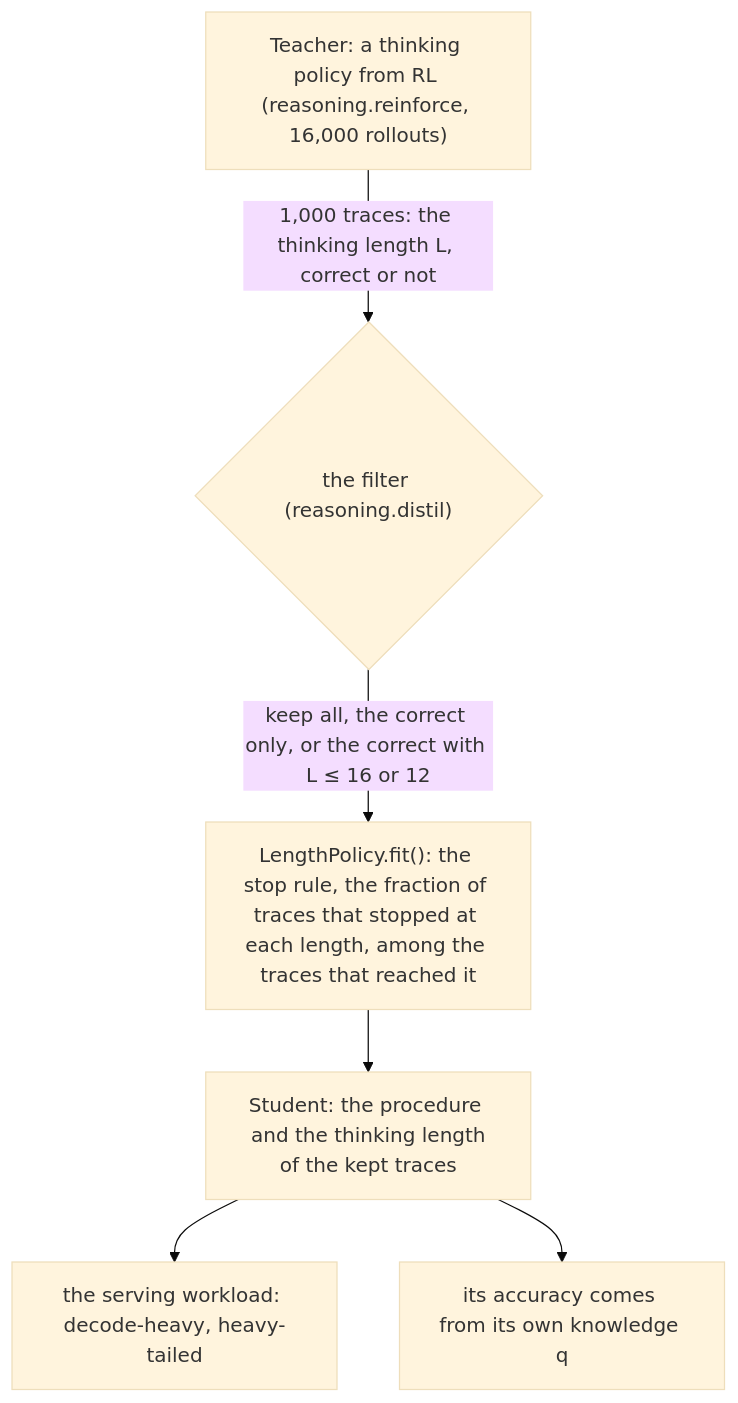
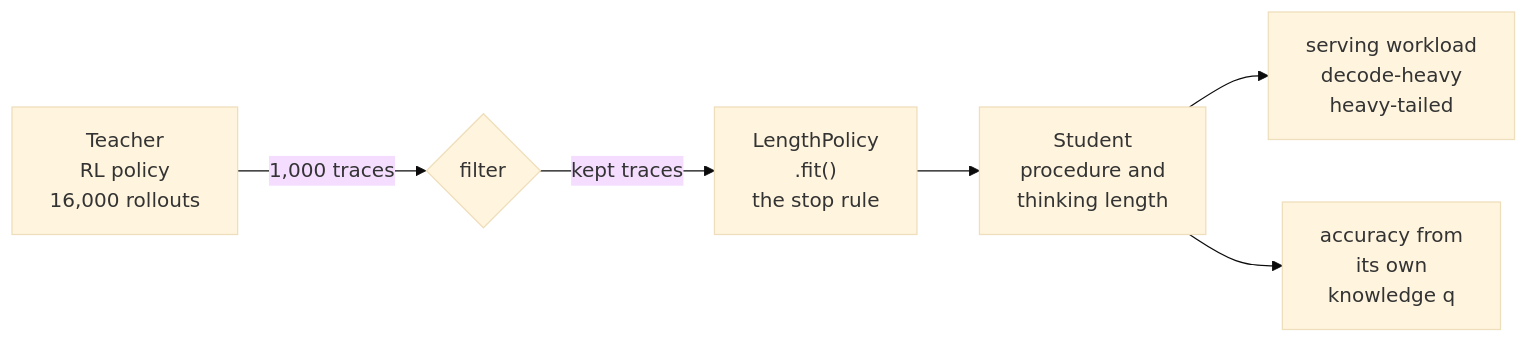
Before and after one commit to aniryou/full-stack-agentic-engineer: the third of 3 diagrams in 00-foundations/distillation/PRIMER.md, drawn with Mermaid (base theme). The commit also changed other lines of this file and 8 other files, not shown here.

````diff
--- a/00-foundations/distillation/PRIMER.md
+++ b/00-foundations/distillation/PRIMER.md
@@ -501,8 +507,8 @@
 ```mermaid
-flowchart TB
-  T["Teacher: a thinking policy from RL (reasoning.reinforce, 16,000 rollouts)"] -->|"1,000 traces: the thinking length L, correct or not"| F{"the filter (reasoning.distil)"}
-  F -->|"keep all, the correct only, or the correct with L ≤ 16 or 12"| M["LengthPolicy.fit(): the stop rule, the fraction of traces that stopped at each length, among the traces that reached it"]
-  M --> S["Student: the procedure and the thinking length<br/>of the kept traces"]
-  S --> W["the serving workload: decode-heavy, heavy-tailed"]
-  S --> K["its accuracy comes from its own knowledge q"]
+flowchart LR
+  T["Teacher<br/>RL policy<br/>16,000 rollouts"] -->|"1,000 traces"| F{"filter"}
+  F -->|"kept traces"| M["LengthPolicy<br/>.fit()<br/>the stop rule"]
+  M --> S["Student<br/>procedure and<br/>thinking length"]
+  S --> W["serving workload<br/>decode-heavy<br/>heavy-tailed"]
+  S --> K["accuracy from<br/>its own<br/>knowledge q"]
 ```
````
